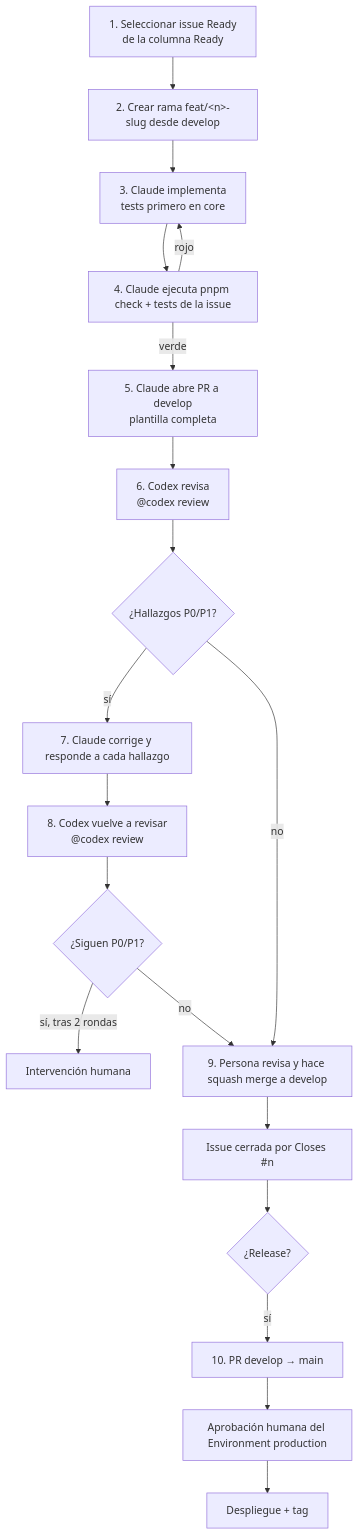
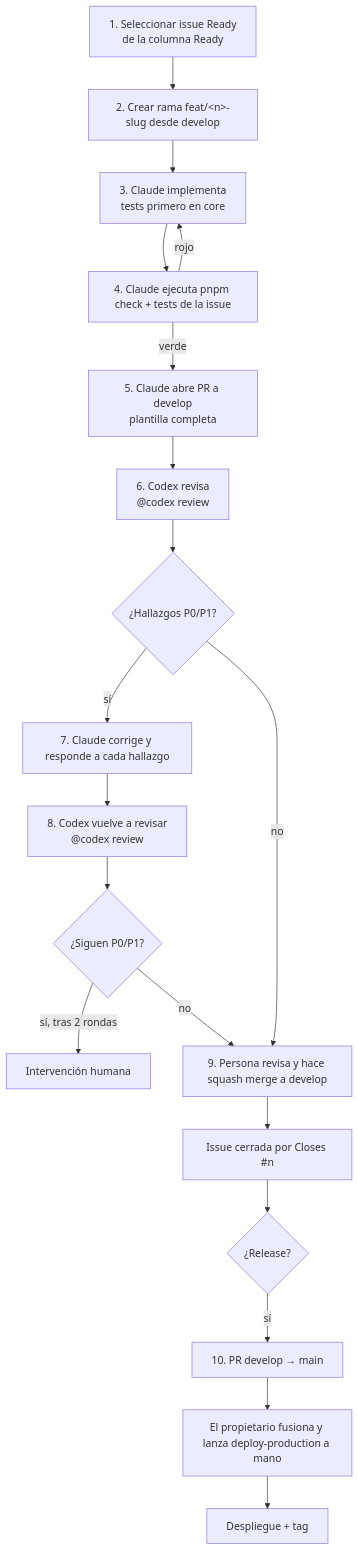
One commit to MarcSagues/room-forge changed the diagram in docs/WORKFLOW.md. Above: the diagram before and after it, drawn with Mermaid. The commit also changed other lines of this file and 11 other files, not shown here.

````diff
--- a/docs/WORKFLOW.md
+++ b/docs/WORKFLOW.md
@@ -16,21 +16,21 @@
 ```mermaid
 flowchart TD
   A[1. Seleccionar issue Ready<br/>de la columna Ready] --> B[2. Crear rama feat/&lt;n&gt;-slug desde develop]
   B --> C[3. Claude implementa<br/>tests primero en core]
   C --> D[4. Claude ejecuta pnpm check + tests de la issue]
   D -->|rojo| C
   D -->|verde| E[5. Claude abre PR a develop<br/>plantilla completa]
   E --> F[6. Codex revisa<br/>@codex review]
   F --> G{¿Hallazgos P0/P1?}
   G -->|sí| H[7. Claude corrige y responde a cada hallazgo]
   H --> I[8. Codex vuelve a revisar<br/>@codex review]
   I --> G2{¿Siguen P0/P1?}
   G2 -->|sí, tras 2 rondas| X[Intervención humana]
   G2 -->|no| J
   G -->|no| J[9. Persona revisa y hace squash merge a develop]
   J --> K[Issue cerrada por Closes #n]
   K --> L{¿Release?}
   L -->|sí| M[10. PR develop → main]
-  M --> N[Aprobación humana del Environment production]
+  M --> N[El propietario fusiona y lanza deploy-production a mano]
   N --> O[Despliegue + tag]
 ```
````
